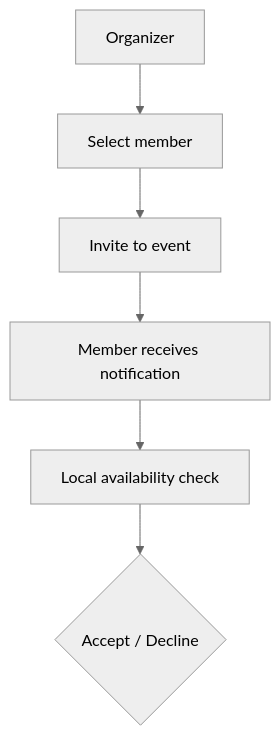
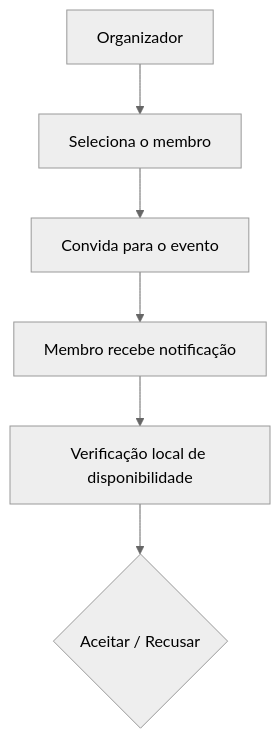
Diagram 12 of 21 in docs/architecture.md (hugobessa/vamo-virar), drawn with Mermaid (neutral theme) before and after one commit. The commit also changed other lines of this file and 30 other files, not shown here.

````diff
--- a/docs/architecture.md
+++ b/docs/architecture.md
@@ -385,8 +385,8 @@
 ```mermaid
 flowchart TD
-    O[Organizer] --> S[Select member]
-    S --> I[Invite to event]
-    I --> N[Member receives notification]
-    N --> C[Local availability check]
-    C --> D{Accept / Decline}
+    O[Organizador] --> S[Seleciona o membro]
+    S --> I[Convida para o evento]
+    I --> N[Membro recebe notificação]
+    N --> C[Verificação local de disponibilidade]
+    C --> D{Aceitar / Recusar}
 ```
````
